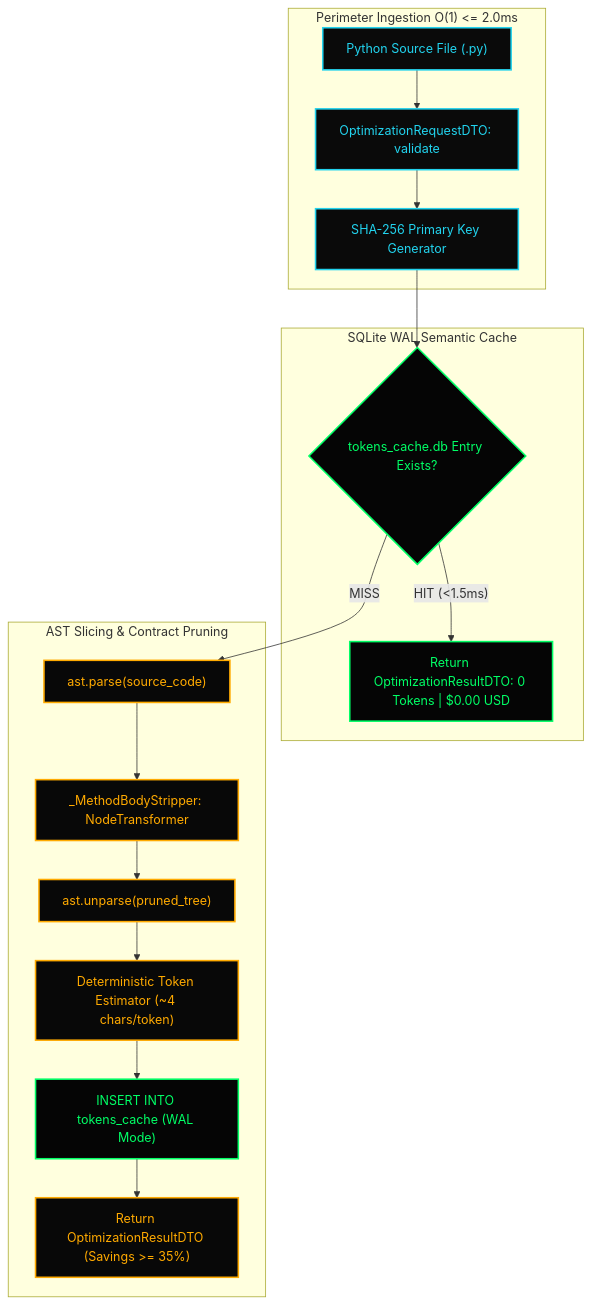
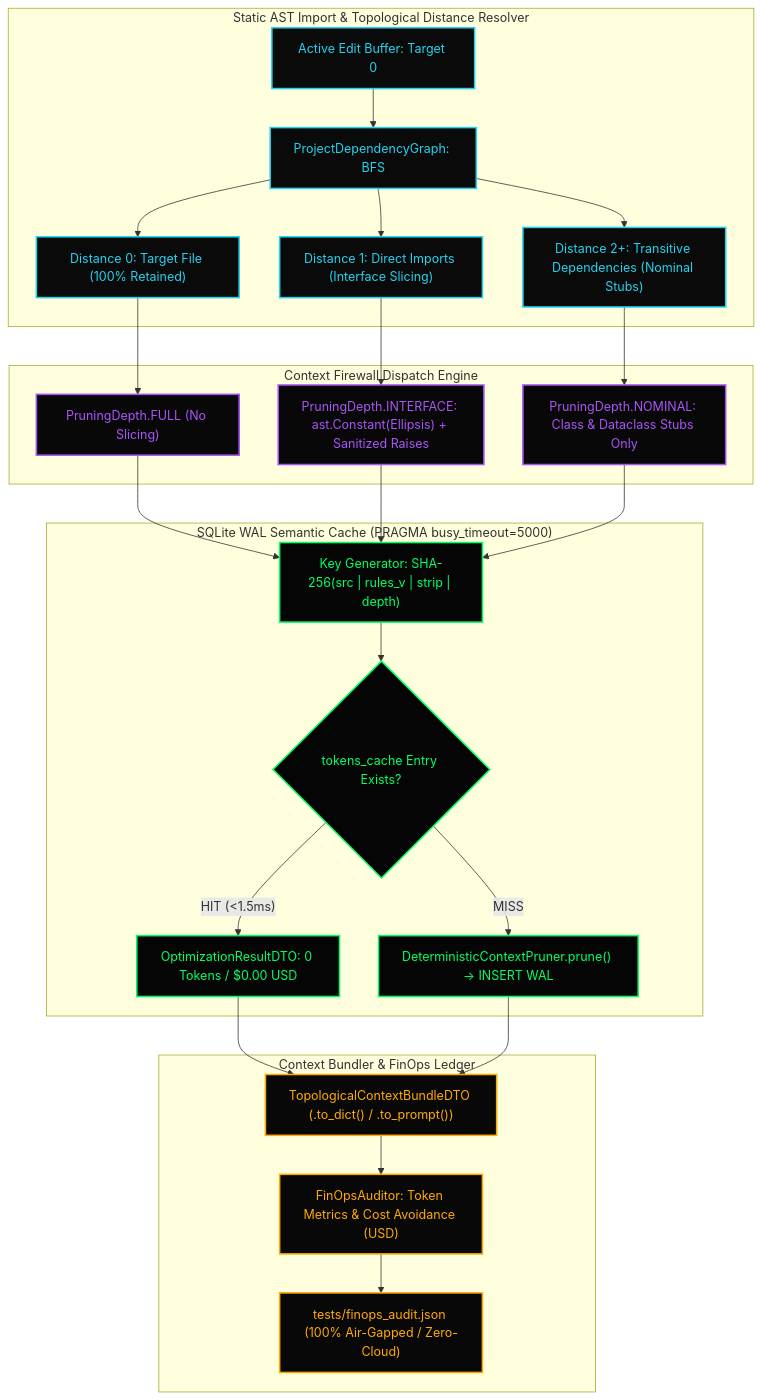
Before and after one commit to heuristicolab/ctxfw: the diagram in 01_TOPOLOGY/1_mermaid_dag.md, drawn with Mermaid. The commit also changed 8 other files, not shown here.

Commit message:
feat(v2-sprint2.3): implement finops auditor, v2 showcase, and synchronize notarial mirrors

````diff
--- a/01_TOPOLOGY/1_mermaid_dag.md
+++ b/01_TOPOLOGY/1_mermaid_dag.md
@@ -1,29 +1,41 @@
 ```mermaid
 graph TD
-    subgraph Ingestion ["Perimeter Ingestion O(1) <= 2.0ms"]
-        InboundCode["Python Source File (.py)"] --> InboundDTO["OptimizationRequestDTO: validate"]
-        InboundDTO --> KeyGen["SHA-256 Primary Key Generator"]
+    subgraph TopoScan ["Static AST Import & Topological Distance Resolver"]
+        TargetFile["Active Edit Buffer: Target 0"] --> GraphBuilder["ProjectDependencyGraph: BFS"]
+        GraphBuilder --> D0["Distance 0: Target File (100% Retained)"]
+        GraphBuilder --> D1["Distance 1: Direct Imports (Interface Slicing)"]
+        GraphBuilder --> D2["Distance 2+: Transitive Dependencies (Nominal Stubs)"]
     end
 
-    subgraph CacheLayer ["SQLite WAL Semantic Cache"]
-        KeyGen --> Lookup{"tokens_cache.db Entry Exists?"}
-        Lookup -- "HIT (<1.5ms)" --> ZeroCost["Return OptimizationResultDTO: 0 Tokens | $0.00 USD"]
+    subgraph FirewallCore ["Context Firewall Dispatch Engine"]
+        D0 --> DispatchFull["PruningDepth.FULL (No Slicing)"]
+        D1 --> DispatchInterface["PruningDepth.INTERFACE: ast.Constant(Ellipsis) + Sanitized Raises"]
+        D2 --> DispatchNominal["PruningDepth.NOMINAL: Class & Dataclass Stubs Only"]
     end
 
-    subgraph ASTCore ["AST Slicing & Contract Pruning"]
-        Lookup -- "MISS" --> ASTParse["ast.parse(source_code)"]
-        ASTParse --> ASTVisitor["_MethodBodyStripper: NodeTransformer"]
-        ASTVisitor --> ASTUnparse["ast.unparse(pruned_tree)"]
-        ASTUnparse --> TokenMeter["Deterministic Token Estimator (~4 chars/token)"]
-        TokenMeter --> WALPersist["INSERT INTO tokens_cache (WAL Mode)"]
-        WALPersist --> ColdDTO["Return OptimizationResultDTO (Savings >= 35%)"]
+    subgraph CacheLayer ["SQLite WAL Semantic Cache (PRAGMA busy_timeout=5000)"]
+        DispatchFull --> KeyGen["Key Generator: SHA-256(src | rules_v | strip | depth)"]
+        DispatchInterface --> KeyGen
+        DispatchNominal --> KeyGen
+        KeyGen --> CacheCheck{"tokens_cache Entry Exists?"}
+        CacheCheck -- "HIT (<1.5ms)" --> WarmHit["OptimizationResultDTO: 0 Tokens / $0.00 USD"]
+        CacheCheck -- "MISS" --> ColdStore["DeterministicContextPruner.prune() -> INSERT WAL"]
     end
 
-    classDef ingestNode fill:#0a0a0a,stroke:#22d3ee,stroke-width:2px,color:#22d3ee
+    subgraph BundleAndLedger ["Context Bundler & FinOps Ledger"]
+        WarmHit --> ContextBundle["TopologicalContextBundleDTO (.to_dict() / .to_prompt())"]
+        ColdStore --> ContextBundle
+        ContextBundle --> FinOps["FinOpsAuditor: Token Metrics & Cost Avoidance (USD)"]
+        FinOps --> AuditFile["tests/finops_audit.json (100% Air-Gapped / Zero-Cloud)"]
+    end
+
+    classDef topoNode fill:#0a0a0a,stroke:#22d3ee,stroke-width:2px,color:#22d3ee
+    classDef firewallNode fill:#080808,stroke:#a855f7,stroke-width:2px,color:#a855f7
     classDef cacheNode fill:#050505,stroke:#00ff66,stroke-width:2px,color:#00ff66
-    classDef astNode fill:#080808,stroke:#ffaa00,stroke-width:2px,color:#ffaa00
+    classDef ledgerNode fill:#080808,stroke:#ffaa00,stroke-width:2px,color:#ffaa00
 
-    class InboundCode,InboundDTO,KeyGen ingestNode
-    class Lookup,ZeroCost,WALPersist cacheNode
-    class ASTParse,ASTVisitor,ASTUnparse,TokenMeter,ColdDTO astNode
+    class TargetFile,GraphBuilder,D0,D1,D2 topoNode
+    class DispatchFull,DispatchInterface,DispatchNominal firewallNode
+    class KeyGen,CacheCheck,WarmHit,ColdStore cacheNode
+    class ContextBundle,FinOps,AuditFile ledgerNode
 ```
````
